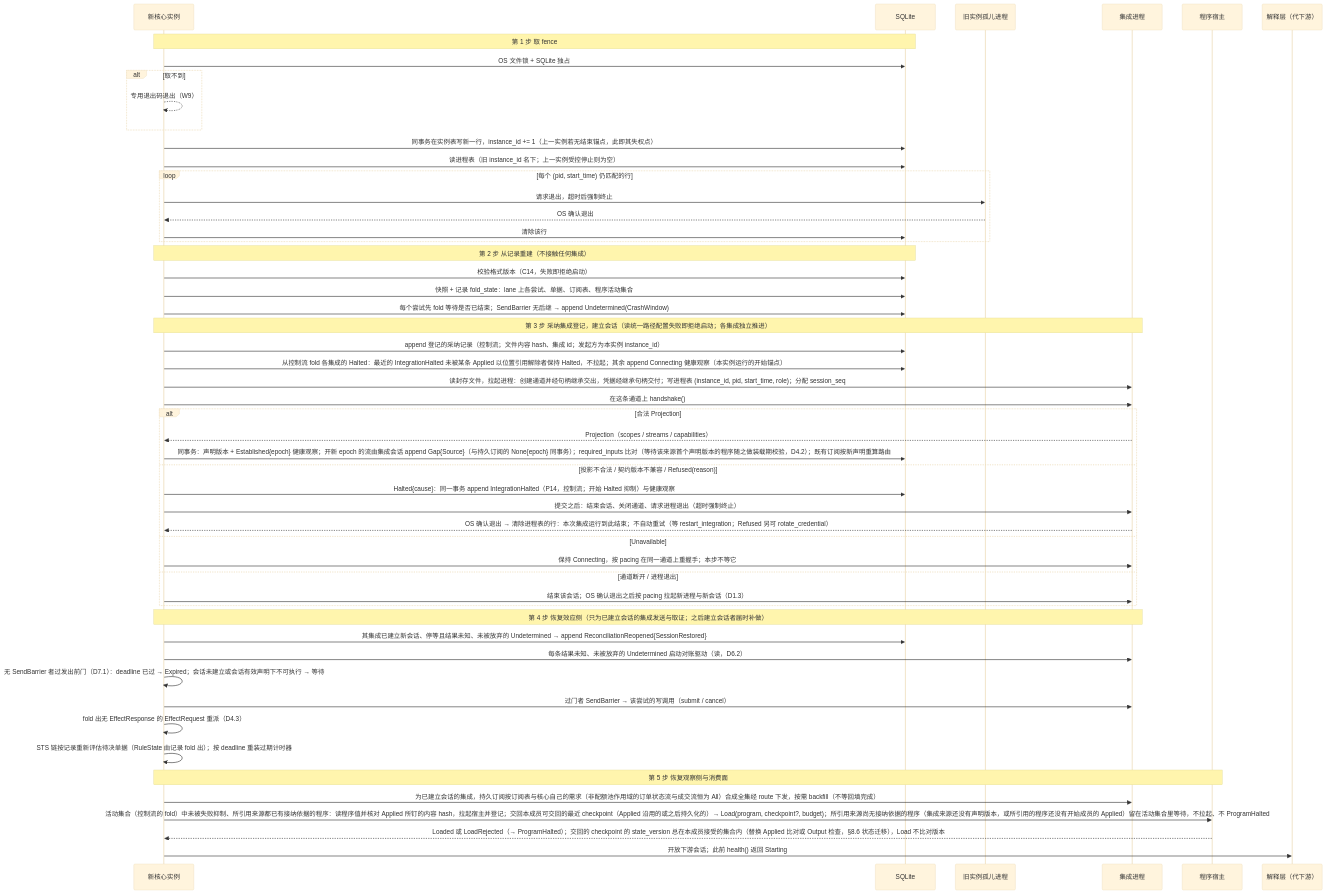
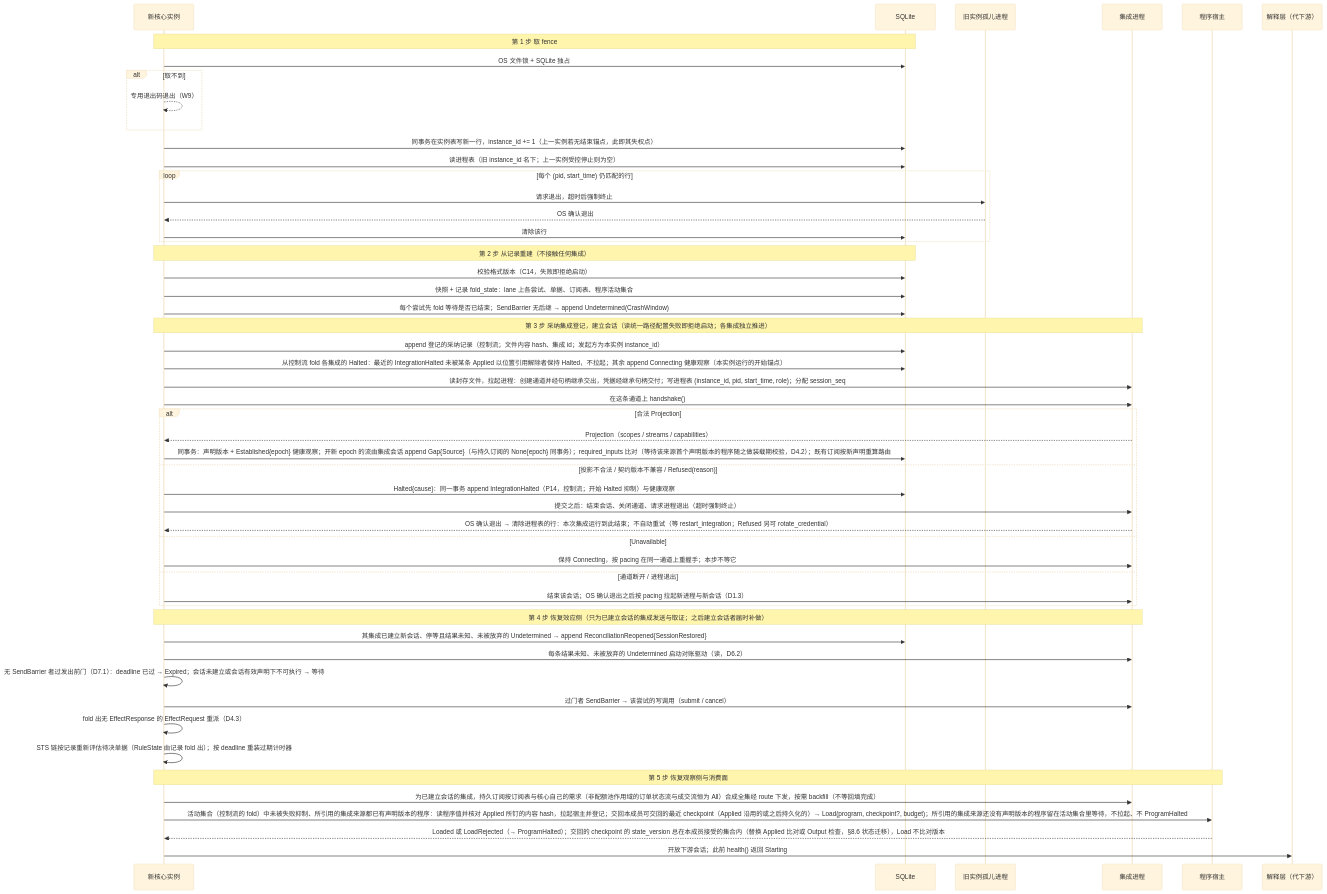
The second of 6 diagrams in design/diagrams/01-process-topology.md (mouriya-s-lab/uta), drawn with Mermaid (base theme) before and after one commit. The commit also changed other lines of this file and 14 other files, not shown here.

````diff
--- a/design/diagrams/01-process-topology.md
+++ b/design/diagrams/01-process-topology.md
@@ -52,54 +52,54 @@
 ```mermaid
 sequenceDiagram
   participant N as 新核心实例
   participant DB as SQLite
   participant O as 旧实例孤儿进程
   participant I as 集成进程
   participant H as 程序宿主
   participant A as 解释层（代下游）
   Note over N,DB: 第 1 步 取 fence
   N->>DB: OS 文件锁 + SQLite 独占
   alt 取不到
     N-->>N: 专用退出码退出（W9）
   end
   N->>DB: 同事务在实例表写新一行，instance_id += 1（上一实例若无结束锚点，此即其失权点）
   N->>DB: 读进程表（旧 instance_id 名下；上一实例受控停止则为空）
   loop 每个 (pid, start_time) 仍匹配的行
     N->>O: 请求退出，超时后强制终止
     O-->>N: OS 确认退出
     N->>DB: 清除该行
   end
   Note over N,DB: 第 2 步 从记录重建（不接触任何集成）
   N->>DB: 校验格式版本（C14，失败即拒绝启动）
   N->>DB: 快照 + 记录 fold_state：lane 上各尝试、单据、订阅表、程序活动集合
   N->>DB: 每个尝试先 fold 等待是否已结束；SendBarrier 无后继 → append Undetermined(CrashWindow)
   Note over N,I: 第 3 步 采纳集成登记，建立会话（读统一路径配置失败即拒绝启动；各集成独立推进）
   N->>DB: append 登记的采纳记录（控制流；文件内容 hash、集成 id；发起方为本实例 instance_id）
   N->>DB: 从控制流 fold 各集成的 Halted：最近的 IntegrationHalted 未被某条 Applied 以位置引用解除者保持 Halted，不拉起；其余 append Connecting 健康观察（本实例运行的开始锚点）
   N->>I: 读封存文件，拉起进程：创建通道并经句柄继承交出，凭据经继承句柄交付；写进程表 (instance_id, pid, start_time, role)；分配 session_seq
   N->>I: 在这条通道上 handshake()
   alt 合法 Projection
     I-->>N: Projection（scopes / streams / capabilities）
     N->>DB: 同事务：声明版本 + Established{epoch} 健康观察；开新 epoch 的流由集成会话 append Gap{Source}（与持久订阅的 None{epoch} 同事务）；required_inputs 比对（等待该来源首个声明版本的程序随之做装载期校验，D4.2）；既有订阅按新声明重算路由
   else 投影不合法 / 契约版本不兼容 / Refused(reason)
     N->>DB: Halted{cause}：同一事务 append IntegrationHalted（P14，控制流；开始 Halted 抑制）与健康观察
     N->>I: 提交之后：结束会话、关闭通道、请求进程退出（超时强制终止）
     I-->>N: OS 确认退出 → 清除进程表的行：本次集成运行到此结束；不自动重试（等 restart_integration；Refused 另可 rotate_credential）
   else Unavailable
     N->>I: 保持 Connecting，按 pacing 在同一通道上重握手；本步不等它
   else 通道断开 / 进程退出
     N->>I: 结束该会话；OS 确认退出之后按 pacing 拉起新进程与新会话（D1.3）
   end
   Note over N,I: 第 4 步 恢复效应侧（只为已建立会话的集成发送与取证；之后建立会话者届时补做）
   N->>DB: 其集成已建立新会话、停等且结果未知、未被放弃的 Undetermined → append ReconciliationReopened{SessionRestored}
   N->>I: 每条结果未知、未被放弃的 Undetermined 启动对账驱动（读，D6.2）
   N->>N: 无 SendBarrier 者过发出前门（D7.1）：deadline 已过 → Expired；会话未建立或会话有效声明下不可执行 → 等待
   N->>I: 过门者 SendBarrier → 该尝试的写调用（submit / cancel）
   N->>N: fold 出无 EffectResponse 的 EffectRequest 重派（D4.3）
   N->>N: STS 链按记录重新评估待决单据（RuleState 由记录 fold 出）；按 deadline 重装过期计时器
   Note over N,H: 第 5 步 恢复观察侧与消费面
   N->>I: 为已建立会话的集成，持久订阅按订阅表与核心自己的需求（非配额池作用域的订单状态流与成交流恒为 All）合成全集经 route 下发，按需 backfill（不等回填完成）
-  N->>H: 活动集合（控制流的 fold）中未被失败抑制、所引用来源都已有接纳依据的程序：读程序值并核对 Applied 所钉的内容 hash，拉起宿主并登记；交回本成员可交回的最近 checkpoint（Applied 沿用的或之后持久化的）→ Load(program, checkpoint?, budget)；所引用来源尚无接纳依据的程序（集成来源还没有声明版本，或所引用的程序还没有开始成员的 Applied）留在活动集合里等待，不拉起、不 ProgramHalted
+  N->>H: 活动集合（控制流的 fold）中未被失败抑制、所引用的集成来源都已有声明版本的程序：读程序值并核对 Applied 所钉的内容 hash，拉起宿主并登记；交回本成员可交回的最近 checkpoint（Applied 沿用的或之后持久化的）→ Load(program, checkpoint?, budget)；所引用的集成来源还没有声明版本的程序留在活动集合里等待，不拉起、不 ProgramHalted
   H-->>N: Loaded 或 LoadRejected（→ ProgramHalted）；交回的 checkpoint 的 state_version 总在本成员接受的集合内（替换 Applied 比对或 Output 检查，§8.6 状态迁移），Load 不比对版本
   N->>A: 开放下游会话；此前 health() 返回 Starting
 ```
````
